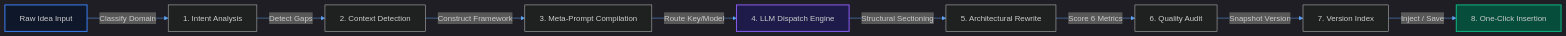
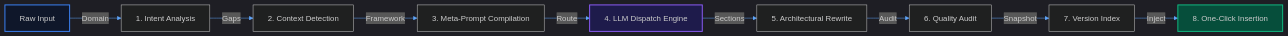
Before and after one commit to OK45batwal/prompt-plus: the diagram in README.md, drawn with Mermaid. The commit also changed other lines of this file, not shown here.

````diff
--- a/README.md
+++ b/README.md
@@ -181,16 +183,16 @@
 ```mermaid
 %%{init: {'theme': 'dark', 'themeVariables': { 'primaryColor': '#1e1b4b', 'primaryTextColor': '#ffffff', 'primaryBorderColor': '#6366f1', 'lineColor': '#60a5fa', 'secondaryColor': '#0f172a', 'tertiaryColor': '#090d16'}}}%%
 flowchart LR
-    A[Raw Idea Input] -->|Classify Domain| B[1. Intent Analysis]
-    B -->|Detect Gaps| C[2. Context Detection]
-    C -->|Construct Framework| D[3. Meta-Prompt Compilation]
-    D -->|Route Key/Model| E[4. LLM Dispatch Engine]
-    E -->|Structural Sectioning| F[5. Architectural Rewrite]
-    F -->|Score 6 Metrics| G[6. Quality Audit]
-    G -->|Snapshot Version| H[7. Version Index]
-    H -->|Inject / Save| I[8. One-Click Insertion]
+    A[Raw Input] -->|Domain| B[1. Intent Analysis]
+    B -->|Gaps| C[2. Context Detection]
+    C -->|Framework| D[3. Meta-Prompt Compilation]
+    D -->|Route| E[4. LLM Dispatch Engine]
+    E -->|Sections| F[5. Architectural Rewrite]
+    F -->|Audit| G[6. Quality Audit]
+    G -->|Snapshot| H[7. Version Index]
+    H -->|Inject| I[8. One-Click Insertion]
 
     style A fill:#0f172a,stroke:#3b82f6,stroke-width:2px
     style E fill:#1e1b4b,stroke:#8b5cf6,stroke-width:2px
     style I fill:#064e3b,stroke:#10b981,stroke-width:2px
 ```
````
